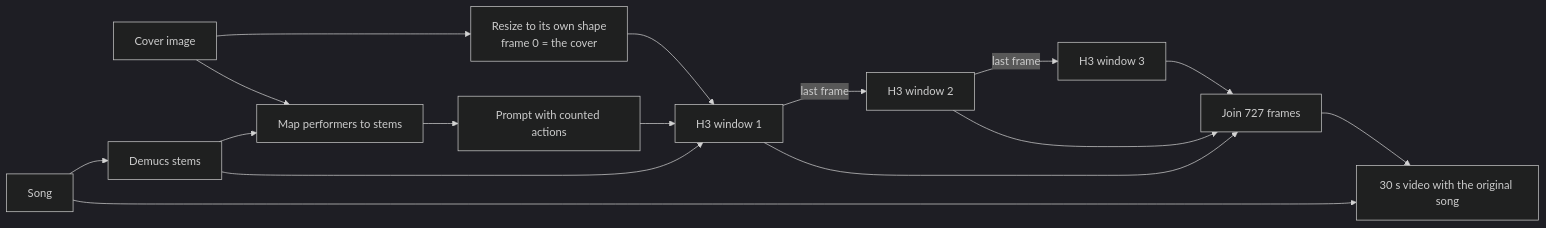
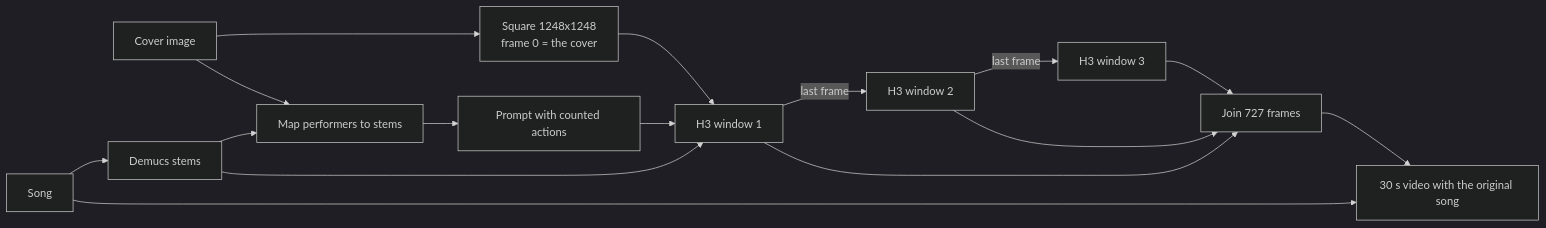
One commit to ronrauch/GenKwanDo changed the diagram in README.md. Above: the diagram before and after it, drawn with Mermaid (dark theme). The commit also changed other lines of this file and 8 other files, not shown here.

````diff
--- a/README.md
+++ b/README.md
@@ -26,18 +25,18 @@
 ```mermaid
 flowchart LR
-  A[Cover image] --> R[Resize to its own shape<br/>frame 0 = the cover]
+  A[Cover image] --> R[Square 1248x1248<br/>frame 0 = the cover]
   S[Song] --> D[Demucs stems]
   A --> M[Map performers to stems]
   D --> M
   M --> P[Prompt with counted actions]
   R --> W1[H3 window 1]
   D --> W1
   P --> W1
   W1 -- last frame --> W2[H3 window 2]
   W2 -- last frame --> W3[H3 window 3]
   W1 --> J[Join 727 frames]
   W2 --> J
   W3 --> J
   J --> O[30 s video with the original song]
   S --> O
 ```
````
